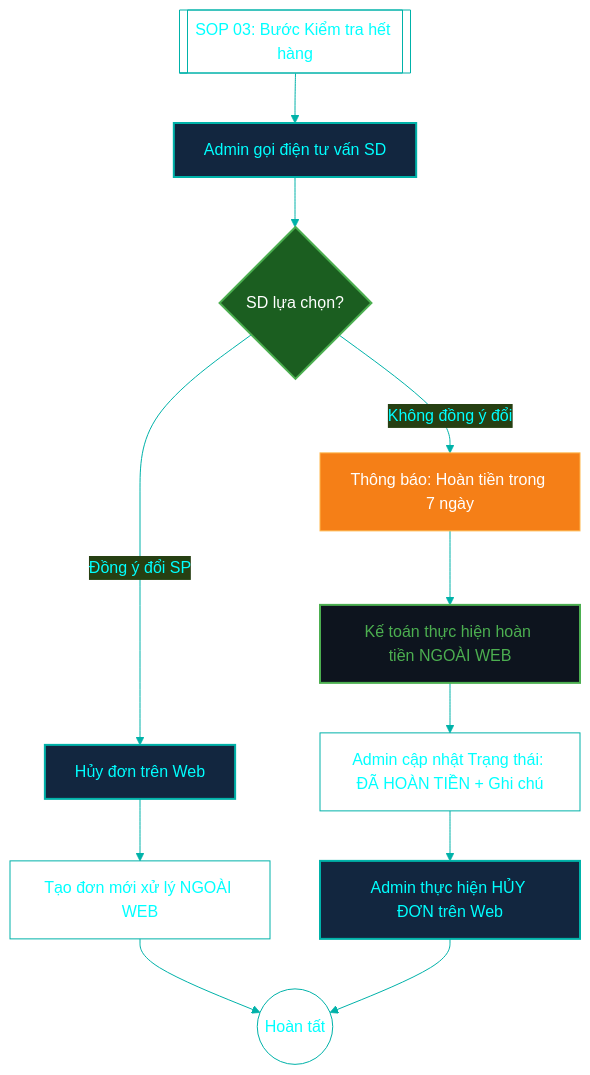
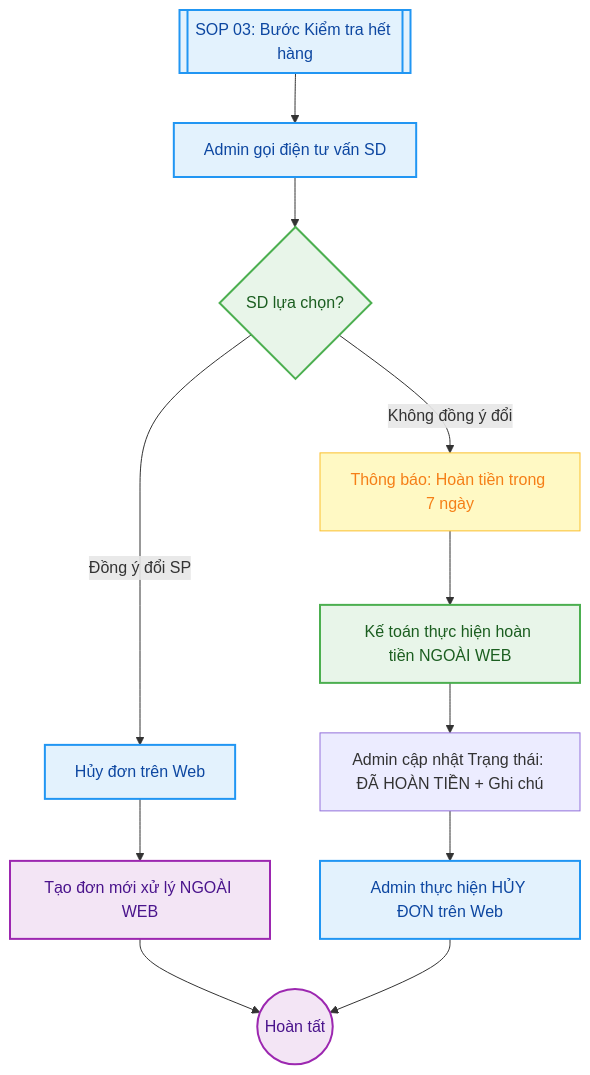
The diagram in src/site/notes/01_TONG_QUAN_LY_DU_AN/2_PHONG_VAN_HANH/SOP_3_Huy_Don_Het_Hang.md (babaduoc/digitalgarden), drawn with Mermaid before and after one commit. The commit also changed other lines of this file and 2 other files, not shown here.

Commit message:
Published multiple files

````diff
--- a/src/site/notes/01_TONG_QUAN_LY_DU_AN/2_PHONG_VAN_HANH/SOP_3_Huy_Don_Het_Hang.md
+++ b/src/site/notes/01_TONG_QUAN_LY_DU_AN/2_PHONG_VAN_HANH/SOP_3_Huy_Don_Het_Hang.md
@@ -35,31 +23,30 @@
 ```mermaid
-%%{init: {"theme": "base", "themeVariables": {"background": "transparent", "mainBkg": "transparent", "primaryColor": "#12263f", "primaryTextColor": "#00ffff", "primaryBorderColor": "#00b2a9", "lineColor": "#00b2a9"}}}%%
 graph TD
-    %% Định nghĩa bảng màu Tông Xanh SM (GSM Style) %%
-    classDef admin fill:#12263f,stroke:#00b2a9,stroke-width:2px,color:#00ffff;
-    classDef acc fill:#0d141e,stroke:#4CAF50,stroke-width:2px,color:#4CAF50;
-    classDef sd fill:#1b5e20,stroke:#4caf50,stroke-width:2px,color:#ffffff;
-    classDef highlight fill:#f57f17,stroke:#ffb74d,stroke-width:1px,color:#ffffff;
+    %% Định nghĩa bảng màu Tương phản cao (Classic Style) %%
+    classDef admin fill:#E3F2FD,stroke:#2196F3,stroke-width:2px,color:#0D47A1;
+    classDef acc fill:#E8F5E9,stroke:#4CAF50,stroke-width:2px,color:#1B5E20;
+    classDef sd fill:#F3E5F5,stroke:#9C27B0,stroke-width:2px,color:#4A148C;
+    classDef highlight fill:#FFF9C4,stroke:#FBC02D,stroke-width:1px,color:#F57F17;
 
     Start[[SOP 03: Bước Kiểm tra hết hàng]] --> Admin_Call[Admin gọi điện tư vấn SD]
     click Start "/01-tong-quan-ly-du-an/2-phong-van-hanh/sop-2-xu-ly-don-hang-chuan/"
     
     Admin_Call --> SD_Choice{SD lựa chọn?}
     
     %% Nhánh 1: Đổi sản phẩm %%
     SD_Choice -- "Đồng ý đổi SP" --> Web_Cancel_1[Hủy đơn trên Web]
     Web_Cancel_1 --> Offline_Order[Tạo đơn mới xử lý NGOÀI WEB]
     Offline_Order --> End((Hoàn tất))
 
     %% Nhánh 2: Hủy đơn & Hoàn tiền %%
     SD_Choice -- "Không đồng ý đổi" --> Inform_Refund[Thông báo: Hoàn tiền trong 7 ngày]
     Inform_Refund --> Acc_Process[Kế toán thực hiện hoàn tiền NGOÀI WEB]
     Acc_Process --> Admin_Web_Update[Admin cập nhật Trạng thái: ĐÃ HOÀN TIỀN + Ghi chú]
     Admin_Web_Update --> Web_Cancel_2[Admin thực hiện HỦY ĐƠN trên Web]
     Web_Cancel_2 --> End
 
-    class Admin_Call,Web_Cancel_1,Web_Cancel_2 admin;
-    class Acc_Process acc;
-    class SD_Choice sd;
+    class Start,Admin_Call,Web_Cancel_1,Web_Cancel_2 admin;
+    class Acc_Process,SD_Choice acc;
+    class Offline_Order,End sd;
     class Inform_Refund highlight;
 ```
````
